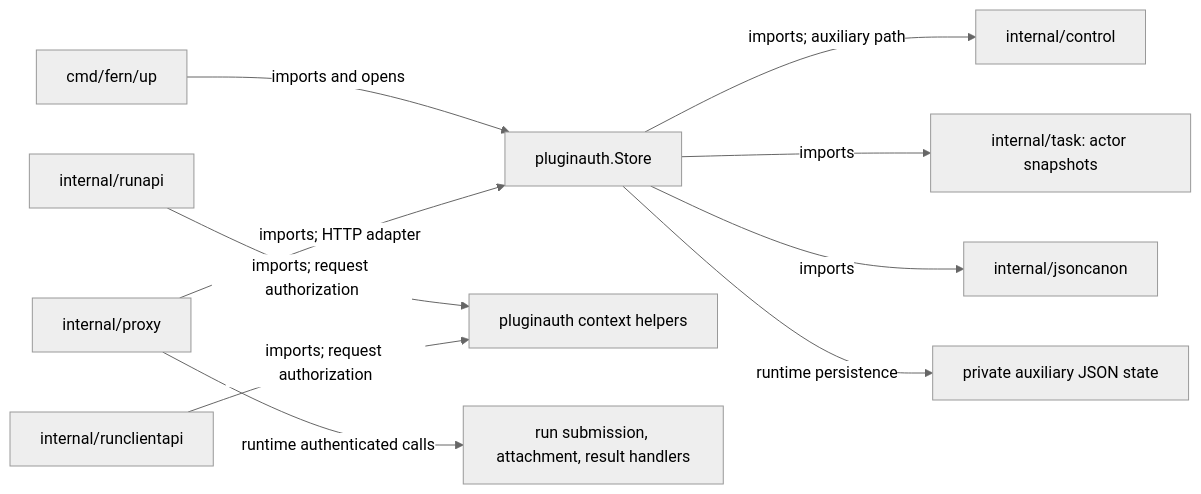
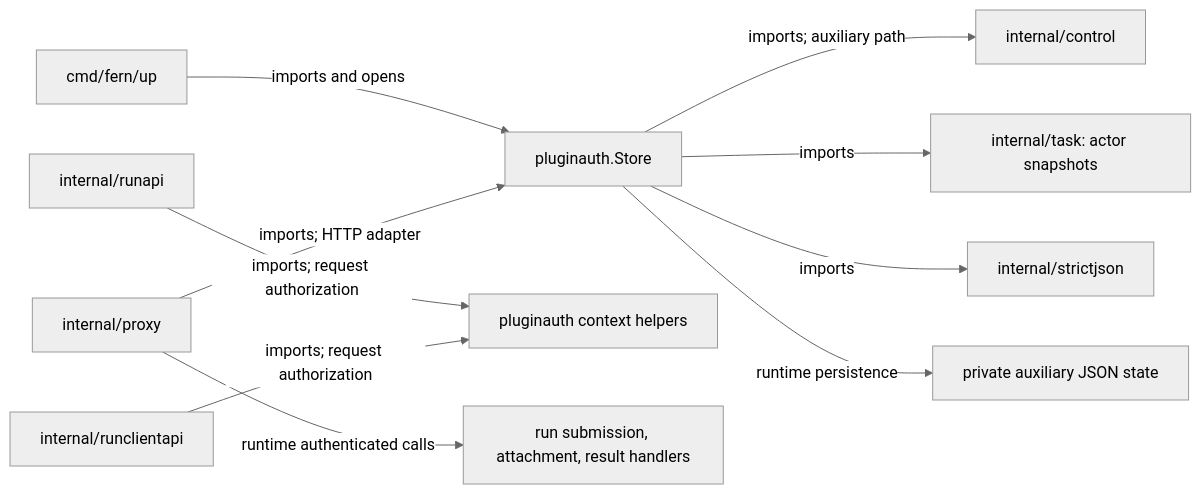
The second of 2 diagrams in internal/pluginauth/README.md (nebler/fern), drawn with Mermaid (neutral theme) before and after one commit. The commit also changed 47 other files, not shown here.

````diff
--- a/internal/pluginauth/README.md
+++ b/internal/pluginauth/README.md
@@ -42,12 +42,12 @@
 ```mermaid
 graph LR
   cli["cmd/fern/up"] -->|"imports and opens"| store["pluginauth.Store"]
   proxy["internal/proxy"] -->|"imports; HTTP adapter"| store
   runapi["internal/runapi"] -->|"imports; request authorization"| context["pluginauth context helpers"]
   clientapi["internal/runclientapi"] -->|"imports; request authorization"| context
   store -->|"imports; auxiliary path"| control["internal/control"]
   store -->|"imports"| task["internal/task: actor snapshots"]
-  store -->|"imports"| jsoncanon["internal/jsoncanon"]
+  store -->|"imports"| strictjson["internal/strictjson"]
   store -->|"runtime persistence"| disk["private auxiliary JSON state"]
   proxy -->|"runtime authenticated calls"| handlers["run submission, attachment, result handlers"]
 ```
````
